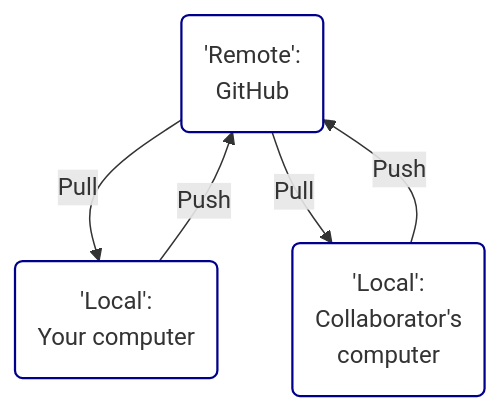
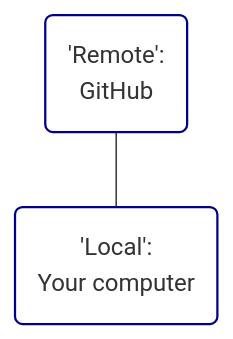
One commit to rostools/r-cubed-intro changed the diagram in images/raw/git-remotes.mmd. Above: the diagram before and after it, drawn with Mermaid. The commit also changed 3 other files, not shown here.

```diff
--- a/images/raw/git-remotes.mmd
+++ b/images/raw/git-remotes.mmd
@@ -1,10 +1,6 @@
 graph TB
     linkStyle default interpolate basis
-    A('Remote':<br>GitHub) -- Pull --> B('Local':<br>Your computer)
-    B -- Push --> A
-    A -- Pull --> C('Local':<br>Collaborator's<br>computer)
-    C -- Push --> A
+    A('Remote':<br>GitHub) --- B('Local':<br>Your computer)
 
     style A fill:White,stroke:DarkBlue,stroke-width:1.5px;
     style B fill:White,stroke:DarkBlue,stroke-width:1.5px;
-    style C fill:White,stroke:DarkBlue,stroke-width:1.5px;
```
